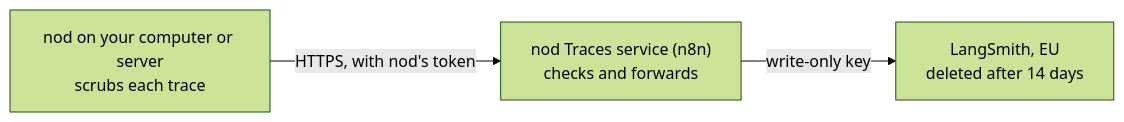
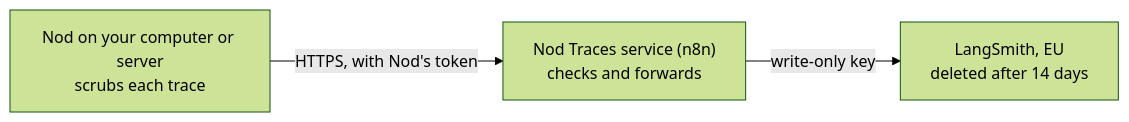
One commit to KrishBhimani/nod changed the diagram in docs/src/content/docs/trust/conversation-traces.md. Above: the diagram before and after it, drawn with Mermaid (forest theme). The commit also changed other lines of this file and 275 other files, not shown here.

````diff
--- a/docs/src/content/docs/trust/conversation-traces.md
+++ b/docs/src/content/docs/trust/conversation-traces.md
@@ -85,5 +85,5 @@
 ```mermaid
 flowchart LR
-  nod[nod on your computer or server<br/>scrubs each trace]:::accent -- "HTTPS, with nod's token" --> broker["nod Traces service (n8n)<br/>checks and forwards"]
+  Nod[Nod on your computer or server<br/>scrubs each trace]:::accent -- "HTTPS, with Nod's token" --> broker["Nod Traces service (n8n)<br/>checks and forwards"]
   broker -- write-only key --> langsmith[LangSmith, EU<br/>deleted after 14 days]
 ```
````
